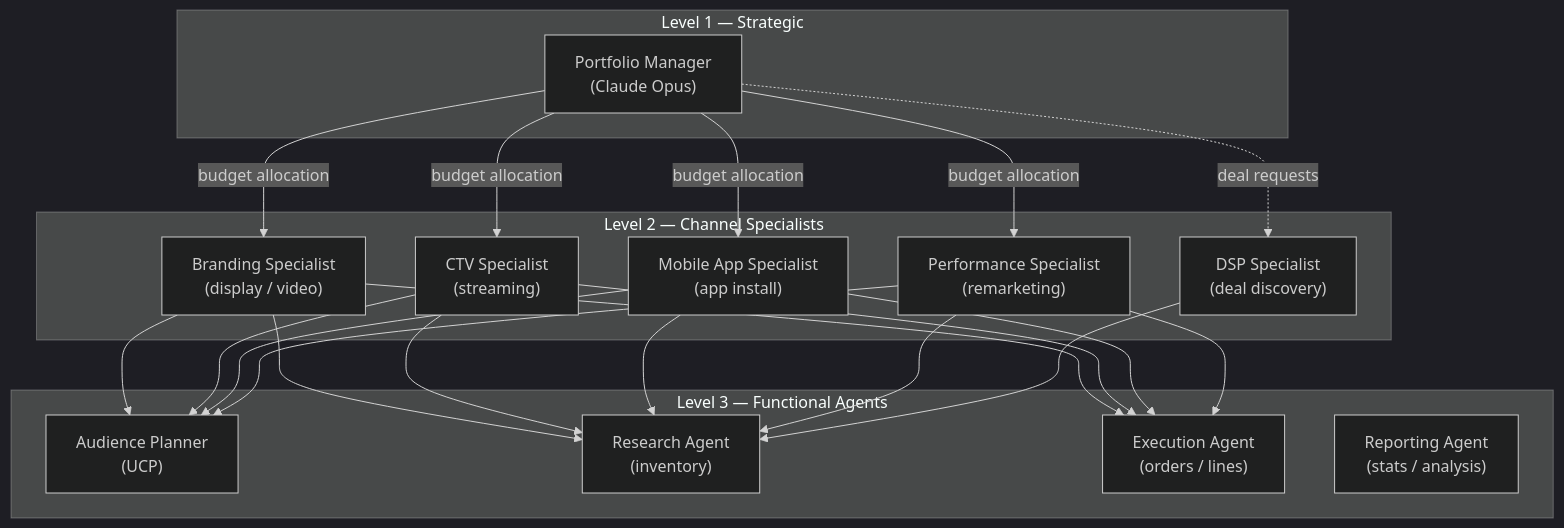
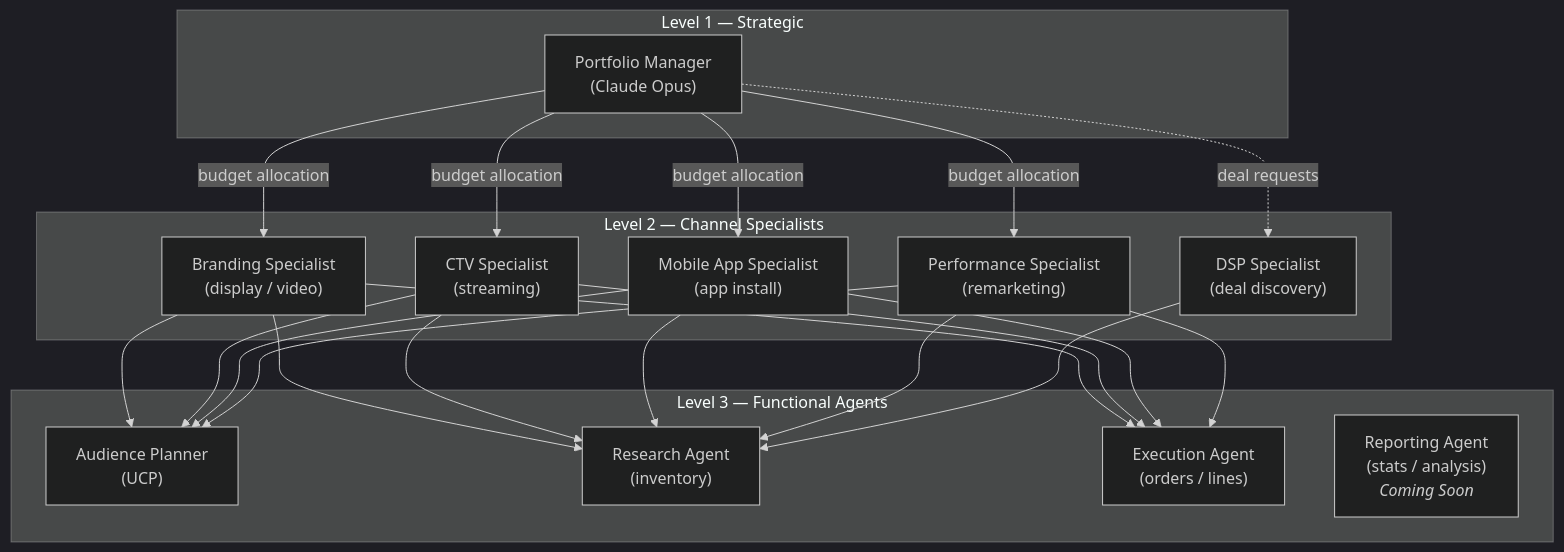
One commit to arkevo/buyer-agent changed the first of 2 diagrams in docs/architecture/agent-hierarchy.md. Above: the diagram before and after it, drawn with Mermaid (dark theme). The commit also changed other lines of this file and 2 other files, not shown here.

First line of the commit message:
Add Coming Soon admonitions for Reporting Agent references

````diff
--- a/docs/architecture/agent-hierarchy.md
+++ b/docs/architecture/agent-hierarchy.md
@@ -7,41 +7,41 @@
 ```mermaid
 graph TB
     subgraph Level1["Level 1 — Strategic"]
         PM["Portfolio Manager<br/>(Claude Opus)"]
     end
 
     subgraph Level2["Level 2 — Channel Specialists"]
         BR["Branding Specialist<br/>(display / video)"]
         CTV["CTV Specialist<br/>(streaming)"]
         MOB["Mobile App Specialist<br/>(app install)"]
         PERF["Performance Specialist<br/>(remarketing)"]
         DSP["DSP Specialist<br/>(deal discovery)"]
     end
 
     subgraph Level3["Level 3 — Functional Agents"]
         AUD["Audience Planner<br/>(UCP)"]
         RES["Research Agent<br/>(inventory)"]
         EXEC["Execution Agent<br/>(orders / lines)"]
-        REP["Reporting Agent<br/>(stats / analysis)"]
+        REP["Reporting Agent<br/>(stats / analysis)<br/><i>Coming Soon</i>"]
     end
 
     PM -->|budget allocation| BR
     PM -->|budget allocation| CTV
     PM -->|budget allocation| MOB
     PM -->|budget allocation| PERF
     PM -.->|deal requests| DSP
 
     BR --> RES
     BR --> EXEC
     BR --> AUD
     CTV --> RES
     CTV --> EXEC
     CTV --> AUD
     MOB --> RES
     MOB --> EXEC
     MOB --> AUD
     PERF --> RES
     PERF --> EXEC
     PERF --> AUD
     DSP --> RES
 ```
````
